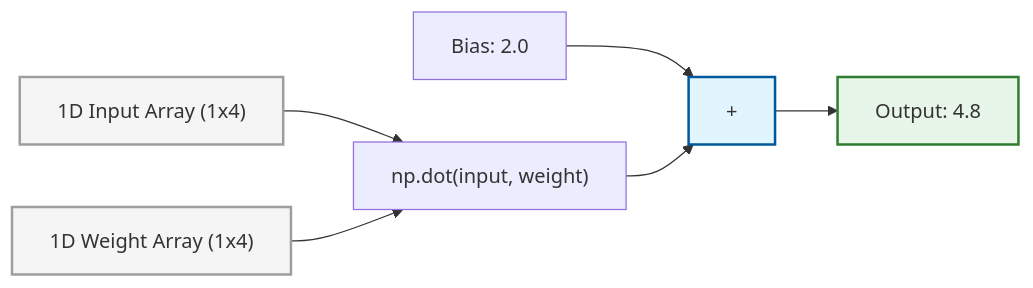
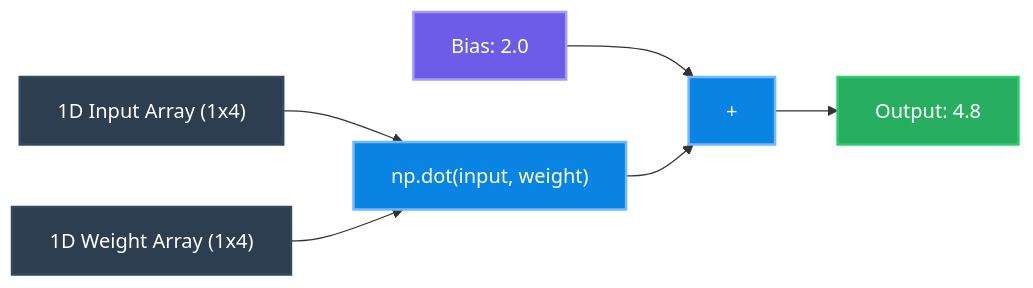
One commit to holycompile/Neural_Networks_from_Scratch changed the second of 10 diagrams in README.md. Above: the diagram before and after it, drawn with Mermaid. The commit also changed other lines of this file, not shown here.

````diff
--- a/README.md
+++ b/README.md
@@ -68,12 +68,14 @@
 ```mermaid
 graph LR
     Inputs["1D Input Array (1x4)"] --> Dot["np.dot(input, weight)"]
     Weights["1D Weight Array (1x4)"] --> Dot
     Bias["Bias: 2.0"] --> Add["+"]
     Dot --> Add --> Out["Output: 4.8"]
     
-    style Inputs fill:#f5f5f5,stroke:#9e9e9e,stroke-width:2px;
-    style Weights fill:#f5f5f5,stroke:#9e9e9e,stroke-width:2px;
-    style Add fill:#e1f5fe,stroke:#01579b,stroke-width:2px;
-    style Out fill:#e8f5e9,stroke:#2e7d32,stroke-width:2px;
+    style Inputs fill:#2c3e50,stroke:#34495e,stroke-width:2px,color:#fff;
+    style Weights fill:#2c3e50,stroke:#34495e,stroke-width:2px,color:#fff;
+    style Dot fill:#0984e3,stroke:#74b9ff,stroke-width:2px,color:#fff;
+    style Bias fill:#6c5ce7,stroke:#a29bfe,stroke-width:2px,color:#fff;
+    style Add fill:#0984e3,stroke:#74b9ff,stroke-width:2px,color:#fff;
+    style Out fill:#27ae60,stroke:#2ecc71,stroke-width:2px,color:#fff;
 ```
````
